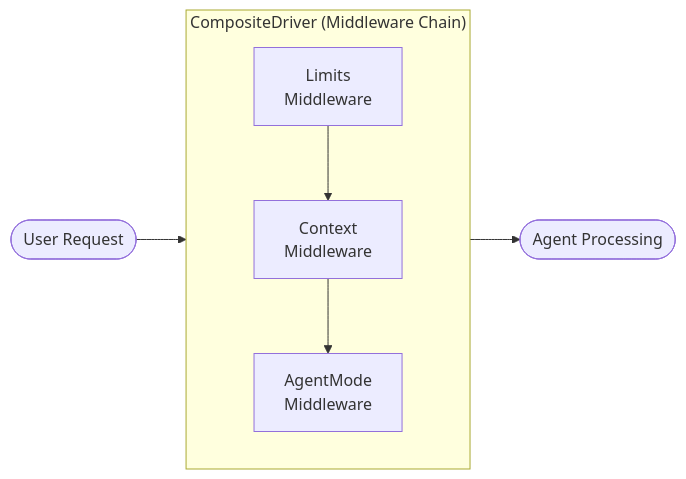
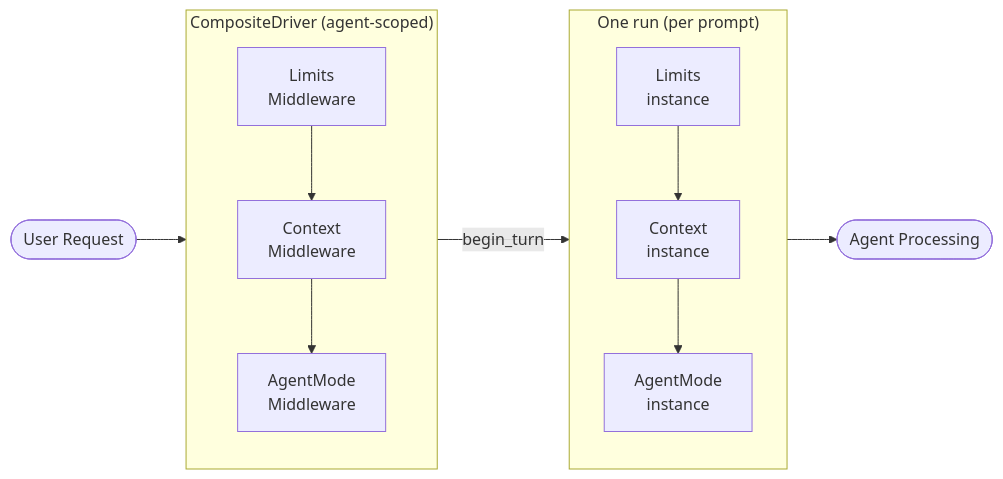
The first of 2 diagrams in docs/docs/agent/middleware.md (querymt/querymt), drawn with Mermaid before and after one commit. The commit also changed other lines of this file and 42 other files, not shown here.

Commit message:
feat: turn-agent state #4

````diff
--- a/docs/docs/agent/middleware.md
+++ b/docs/docs/agent/middleware.md
@@ -9,10 +9,13 @@
 ```mermaid
 flowchart LR
     A([User Request])
-    subgraph CD["CompositeDriver (Middleware Chain)"]
+    subgraph CD["CompositeDriver (agent-scoped)"]
         M1["Limits<br/>Middleware"] --> M2["Context<br/>Middleware"] --> M3["AgentMode<br/>Middleware"]
+    end
+    subgraph RUN["One run (per prompt)"]
+        T1["Limits<br/>instance"] --> T2["Context<br/>instance"] --> T3["AgentMode<br/>instance"]
     end
     B([Agent Processing])
 
-    A --> CD --> B
+    A --> CD -- "begin_turn" --> RUN --> B
 ```
````
